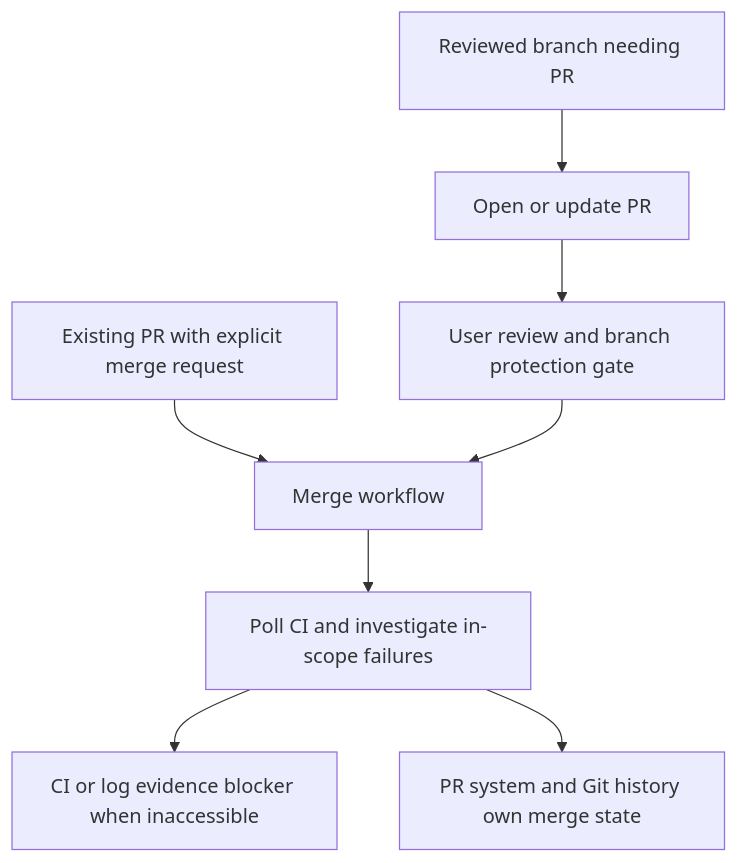
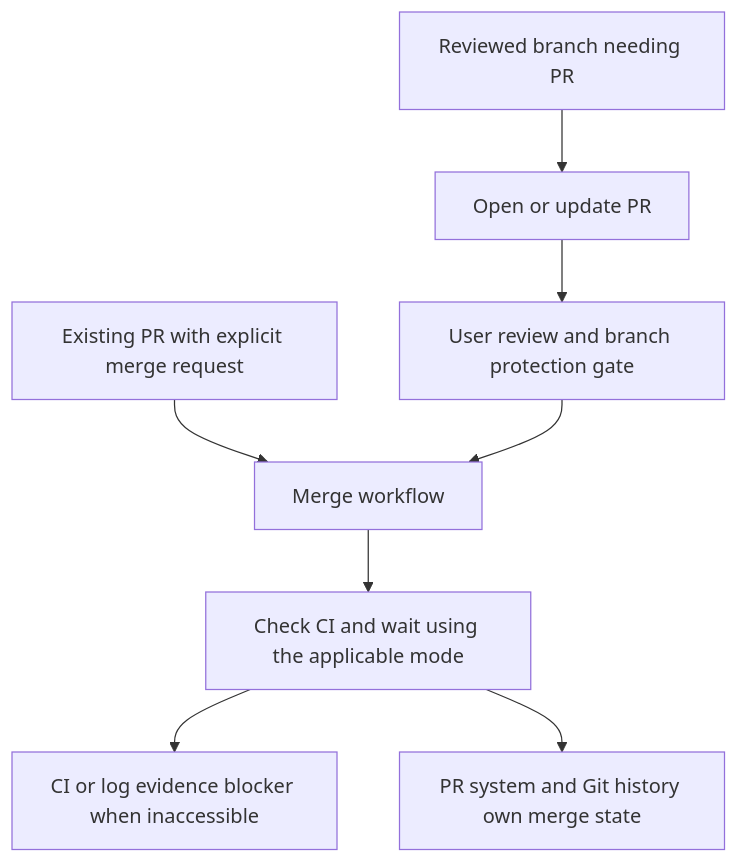
One commit to ryumiel/devcanon changed the eighth of 12 diagrams in docs/guidelines/portable-afds-user-procedure-map.md. Above: the diagram before and after it, drawn with Mermaid. The commit also changed 6 other files, not shown here.

First line of the commit message:
fix(pr-merge): yield for ci and review in github push mode (#930)

````diff
--- a/docs/guidelines/portable-afds-user-procedure-map.md
+++ b/docs/guidelines/portable-afds-user-procedure-map.md
@@ -225,10 +225,10 @@
 ```mermaid
 flowchart TD
   branch["Reviewed branch needing PR"] --> finish["Open or update PR"]
   ready["Existing PR with explicit merge request"] --> mergeFlow["Merge workflow"]
   finish --> gate["User review and branch protection gate"]
   gate --> mergeFlow
-  mergeFlow --> ci["Poll CI and investigate in-scope failures"]
+  mergeFlow --> ci["Check CI and wait using the applicable mode"]
   ci --> blocked["CI or log evidence blocker when inaccessible"]
   ci --> merge["PR system and Git history own merge state"]
 ```
````
